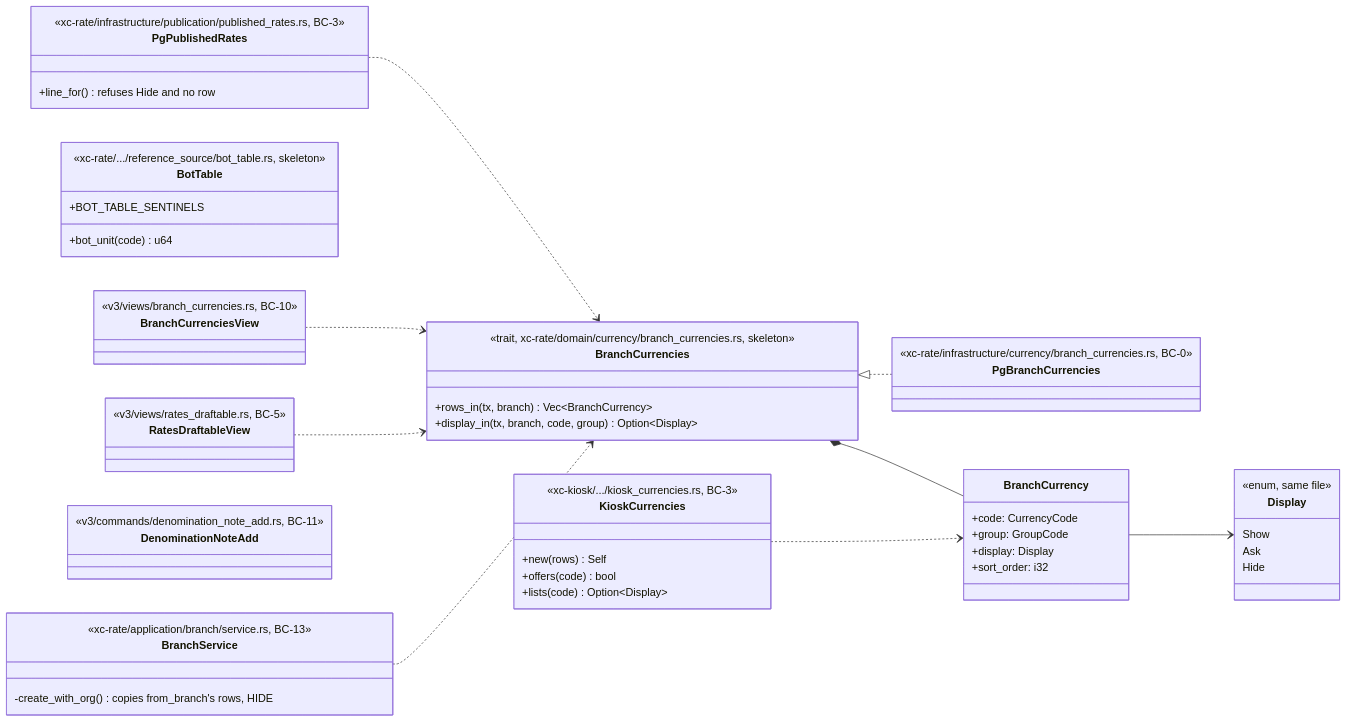
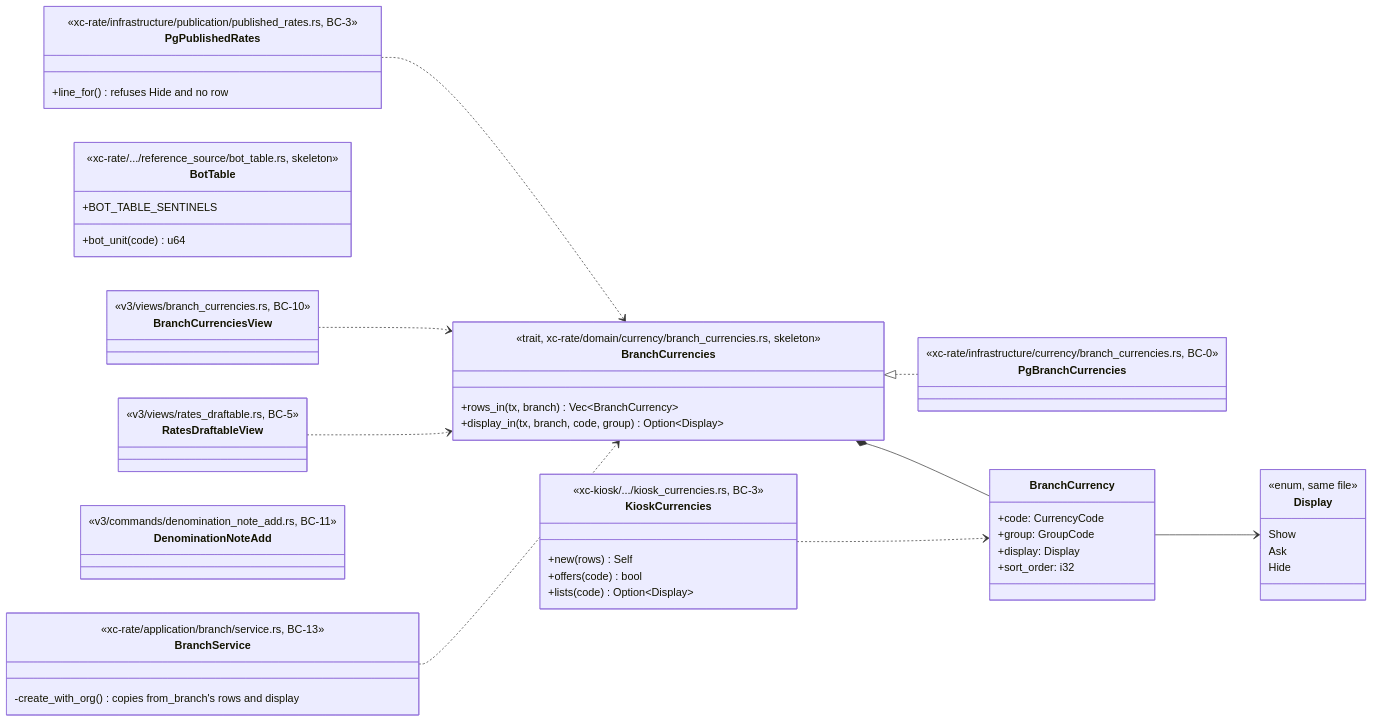
Before and after one commit to yuthstyle88/xchange-dev: the diagram in docs/design/board-currencies.md, drawn with Mermaid. The commit also changed other lines of this file and 2 other files, not shown here.

Commit message:
feat(xc-rate): copy source branch currency display when creating branch (#6266) (#6267)

````diff
--- a/docs/design/board-currencies.md
+++ b/docs/design/board-currencies.md
@@ -259,60 +259,60 @@
 ```mermaid
 classDiagram
     direction LR
     class BranchCurrencies {
         <<trait, xc-rate/domain/currency/branch_currencies.rs, skeleton>>
         +rows_in(tx, branch) Vec~BranchCurrency~
         +display_in(tx, branch, code, group) Option~Display~
     }
     class BranchCurrency {
         +code: CurrencyCode
         +group: GroupCode
         +display: Display
         +sort_order: i32
     }
     class Display {
         <<enum, same file>>
         Show
         Ask
         Hide
     }
     class PgBranchCurrencies {
         <<xc-rate/infrastructure/currency/branch_currencies.rs, BC-0>>
     }
     class PgPublishedRates {
         <<xc-rate/infrastructure/publication/published_rates.rs, BC-3>>
         +line_for() refuses Hide and no row
     }
     class KioskCurrencies {
         <<xc-kiosk/.../kiosk_currencies.rs, BC-3>>
         +new(rows) Self
         +offers(code) bool
         +lists(code) Option~Display~
     }
     class BotTable {
         <<xc-rate/.../reference_source/bot_table.rs, skeleton>>
         +BOT_TABLE_SENTINELS
         +bot_unit(code) u64
     }
     class BranchCurrenciesView {
         <<v3/views/branch_currencies.rs, BC-10>>
     }
     class RatesDraftableView {
         <<v3/views/rates_draftable.rs, BC-5>>
     }
     class DenominationNoteAdd {
         <<v3/commands/denomination_note_add.rs, BC-11>>
     }
     class BranchService {
         <<xc-rate/application/branch/service.rs, BC-13>>
-        -create_with_org() copies from_branch's rows, HIDE
+        -create_with_org() copies from_branch's rows and display
     }
     BranchCurrencies <|.. PgBranchCurrencies
     BranchCurrencies *-- BranchCurrency
     BranchCurrency --> Display
     PgPublishedRates ..> BranchCurrencies
     KioskCurrencies ..> BranchCurrency
     BranchCurrenciesView ..> BranchCurrencies
     RatesDraftableView ..> BranchCurrencies
     BranchService ..> BranchCurrencies
 ```
````
